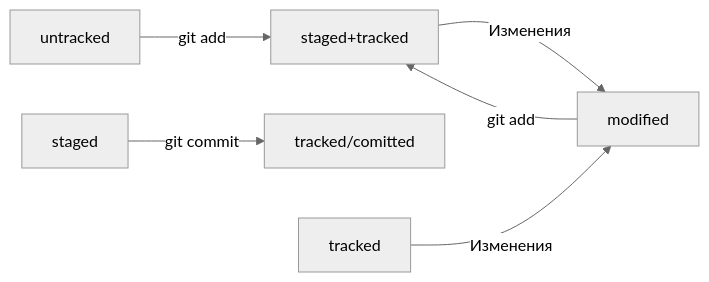
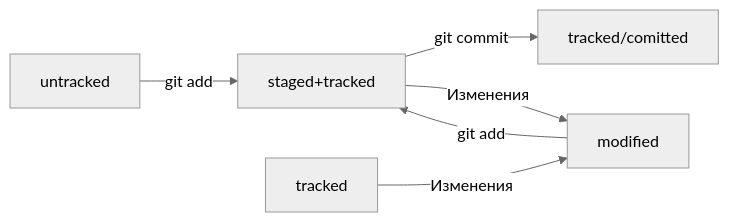
One commit to Hiabry/helpF changed the diagram in README.md. Above: the diagram before and after it, drawn with Mermaid (neutral theme).

Commit message:
Исправить ошибку оформления блок схемы про цикл жизни файла гит попытка 3 - исправить название стэйж

````diff
--- a/README.md
+++ b/README.md
@@ -148,12 +148,12 @@
 ``` mermaid
 
 %% Схема цикла жизни файла в Git
 
 graph LR;
  untracked -- "git add" --> staged+tracked;
-  staged    -- "git commit"     --> tracked/comitted;
+  staged+tracked    -- "git commit"     --> tracked/comitted;
   modified -- "git add" --> staged+tracked;
   staged+tracked -- "Изменения" --> modified;
   tracked -- "Изменения" --> modified
 
 ```
````
